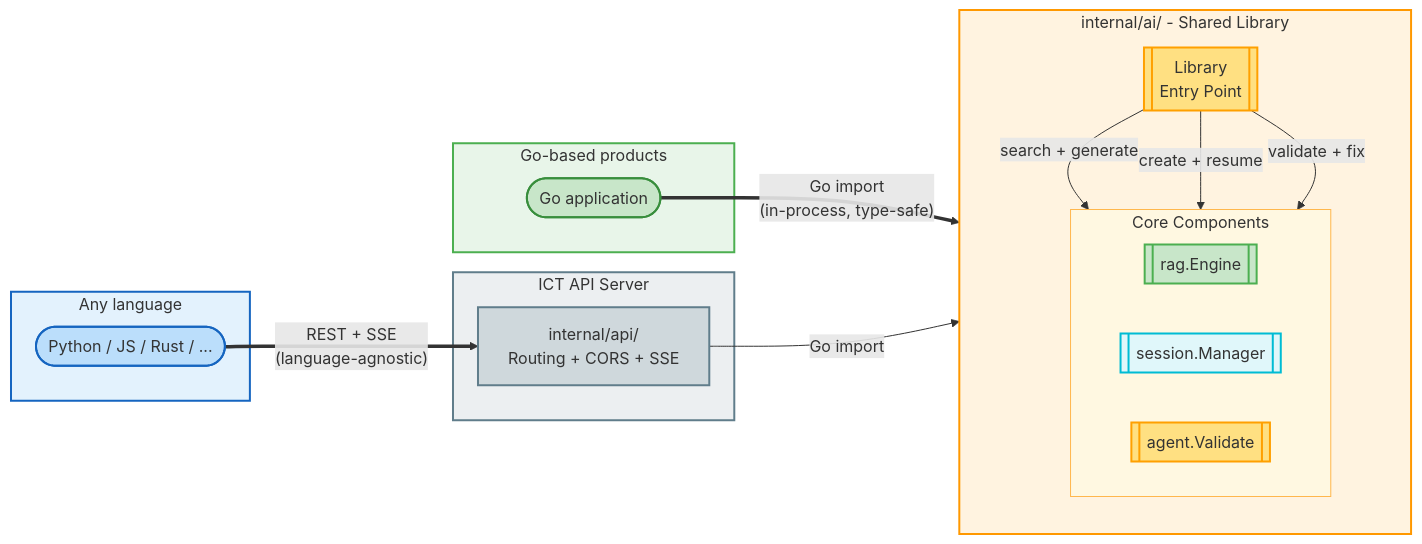
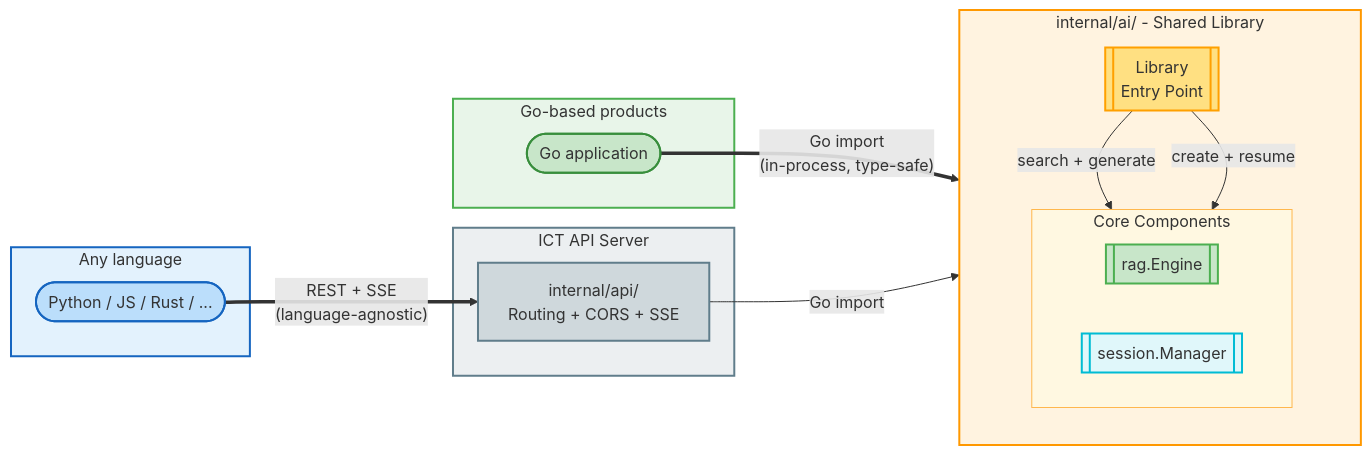
One commit to open-edge-platform/image-composer-tool changed the fifth of 5 diagrams in docs/architecture/adr-web-interface-architecture.md. Above: the diagram before and after it, drawn with Mermaid. The commit also changed other lines of this file, not shown here.

First line of the commit message:
docs(adr): defer agent validation to future implementation phase

````diff
--- a/docs/architecture/adr-web-interface-architecture.md
+++ b/docs/architecture/adr-web-interface-architecture.md
@@ -658,54 +568,51 @@
 ```mermaid
 flowchart LR
     %% ── External consumers ──
     subgraph GoProducts["Go-based products"]
         GP(["Go application"])
     end
 
     subgraph AnyLang["Any language"]
         EP(["Python / JS / Rust / ..."])
     end
 
     %% ── ICT API Server (thin wrapper) ──
     subgraph APIServer["ICT API Server"]
         APIS["internal/api/\nRouting + CORS + SSE"]
     end
 
     %% ── Shared Library ──
     subgraph Library["internal/ai/ - Shared Library"]
         direction TB
         LIB[["Library\nEntry Point"]]
 
         subgraph LibComponents["Core Components"]
             direction LR
             EN[["rag.Engine"]]
             SM2[["session.Manager"]]
-            AG2[["agent.Validate"]]
         end
 
         LIB -->|"search + generate"| EN
         LIB -->|"create + resume"| SM2
-        LIB -->|"validate + fix"| AG2
     end
 
     %% ── Integration edges ──
     GP ==>|"Go import\n(in-process, type-safe)"| LIB
     EP ==>|"REST + SSE\n(language-agnostic)"| APIS
     APIS -->|"Go import"| LIB
 
     %% ── Styles: Subgraphs ──
     style GoProducts fill:#E8F5E9,stroke:#4CAF50,stroke-width:2px
     style AnyLang fill:#E3F2FD,stroke:#1565C0,stroke-width:2px
     style Library fill:#FFF3E0,stroke:#FF9800,stroke-width:2px
     style LibComponents fill:#FFF8E1,stroke:#FFB74D,stroke-width:1px
     style APIServer fill:#ECEFF1,stroke:#607D8B,stroke-width:2px
 
     %% ── Styles: Nodes ──
     style GP fill:#C8E6C9,stroke:#388E3C,stroke-width:2px
     style EP fill:#BBDEFB,stroke:#1565C0,stroke-width:2px
     style APIS fill:#CFD8DC,stroke:#607D8B,stroke-width:2px
     style LIB fill:#FFE082,stroke:#FFA000,stroke-width:2px
     style EN fill:#C8E6C9,stroke:#4CAF50,stroke-width:2px
     style SM2 fill:#E0F7FA,stroke:#00BCD4,stroke-width:2px
-    style AG2 fill:#FFE082,stroke:#FFA000,stroke-width:2px
 ```
````
